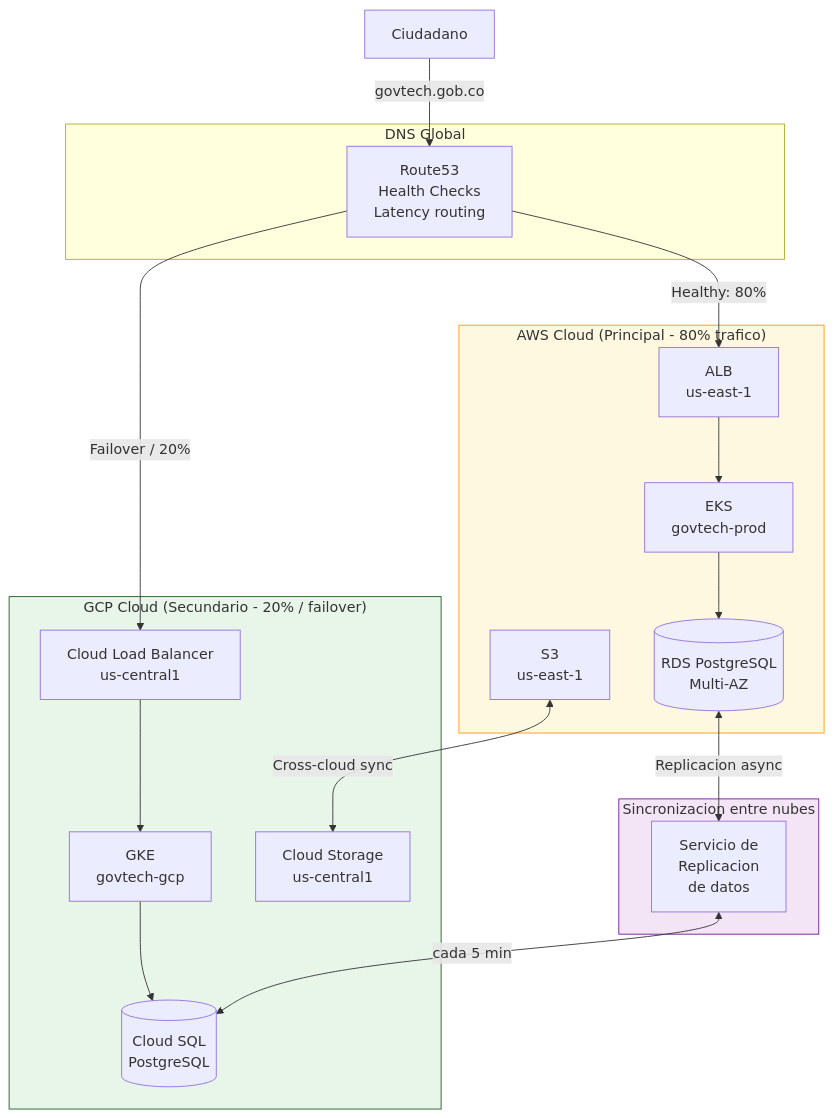
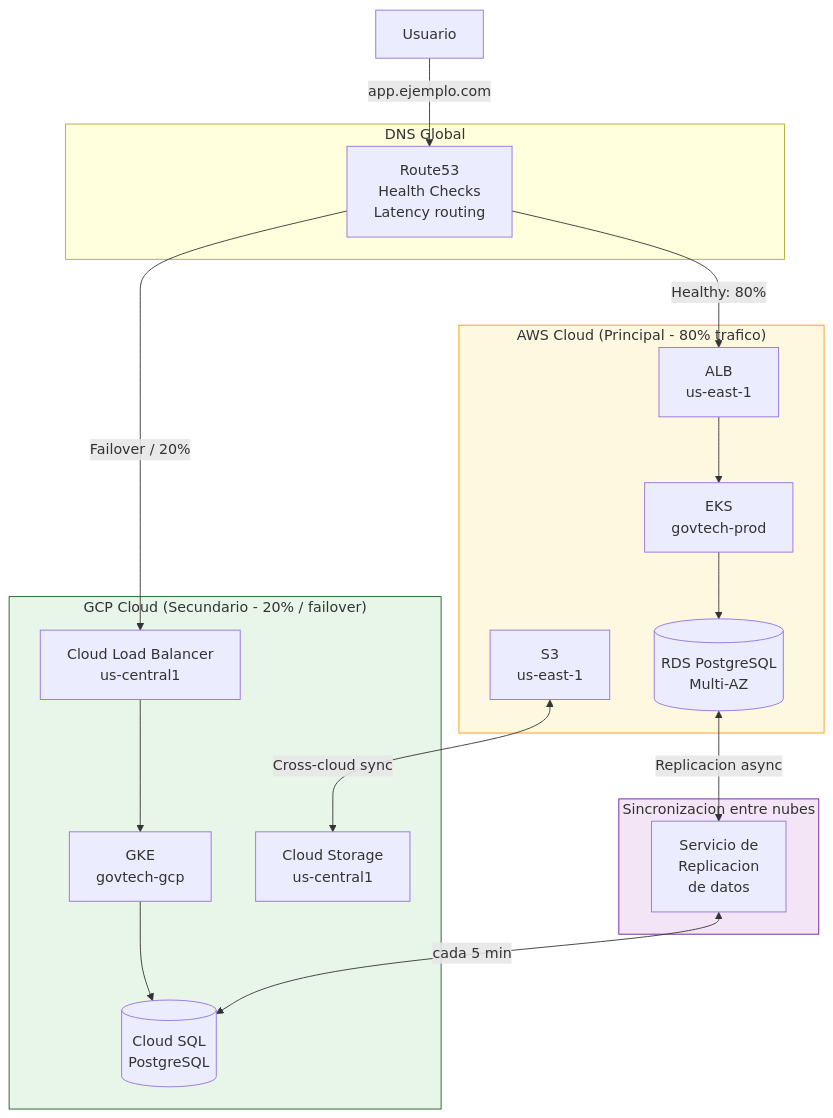
The second of 8 diagrams in skeleton/docs/architecture/ARCHITECTURE_DIAGRAMS.md (alexander-fq/multicloud), drawn with Mermaid before and after one commit. The commit also changed other lines of this file and 6 other files, not shown here.

````diff
--- a/skeleton/docs/architecture/ARCHITECTURE_DIAGRAMS.md
+++ b/skeleton/docs/architecture/ARCHITECTURE_DIAGRAMS.md
@@ -82,37 +82,37 @@
 ```mermaid
 graph TB
     subgraph DNS["DNS Global"]
         R53[Route53\nHealth Checks\nLatency routing]
     end
 
     subgraph AWS_CLOUD["AWS Cloud (Principal - 80% trafico)"]
         ALB_AWS[ALB\nus-east-1]
         EKS_AWS[EKS\ngovtech-prod]
         RDS_AWS[(RDS PostgreSQL\nMulti-AZ)]
         S3_AWS[S3\nus-east-1]
     end
 
     subgraph GCP_CLOUD["GCP Cloud (Secundario - 20% / failover)"]
         LB_GCP[Cloud Load Balancer\nus-central1]
         GKE[GKE\ngovtech-gcp]
         CLOUD_SQL[(Cloud SQL\nPostgreSQL)]
         GCS[Cloud Storage\nus-central1]
     end
 
     subgraph REPLICATION["Sincronizacion entre nubes"]
         SYNC[Servicio de\nReplicacion\nde datos]
     end
 
-    USER[Ciudadano] -->|govtech.gob.co| R53
+    USER[Usuario] -->|app.ejemplo.com| R53
     R53 -->|Healthy: 80%| ALB_AWS
     R53 -->|Failover / 20%| LB_GCP
     ALB_AWS --> EKS_AWS --> RDS_AWS
     LB_GCP --> GKE --> CLOUD_SQL
     RDS_AWS <-->|Replicacion async| SYNC
     SYNC <-->|cada 5 min| CLOUD_SQL
     S3_AWS <-->|Cross-cloud sync| GCS
 
     style AWS_CLOUD fill:#fff8e1,stroke:#ff9900
     style GCP_CLOUD fill:#e8f5e9,stroke:#1b5e20
     style REPLICATION fill:#f3e5f5,stroke:#6a1b9a
 ```
````
